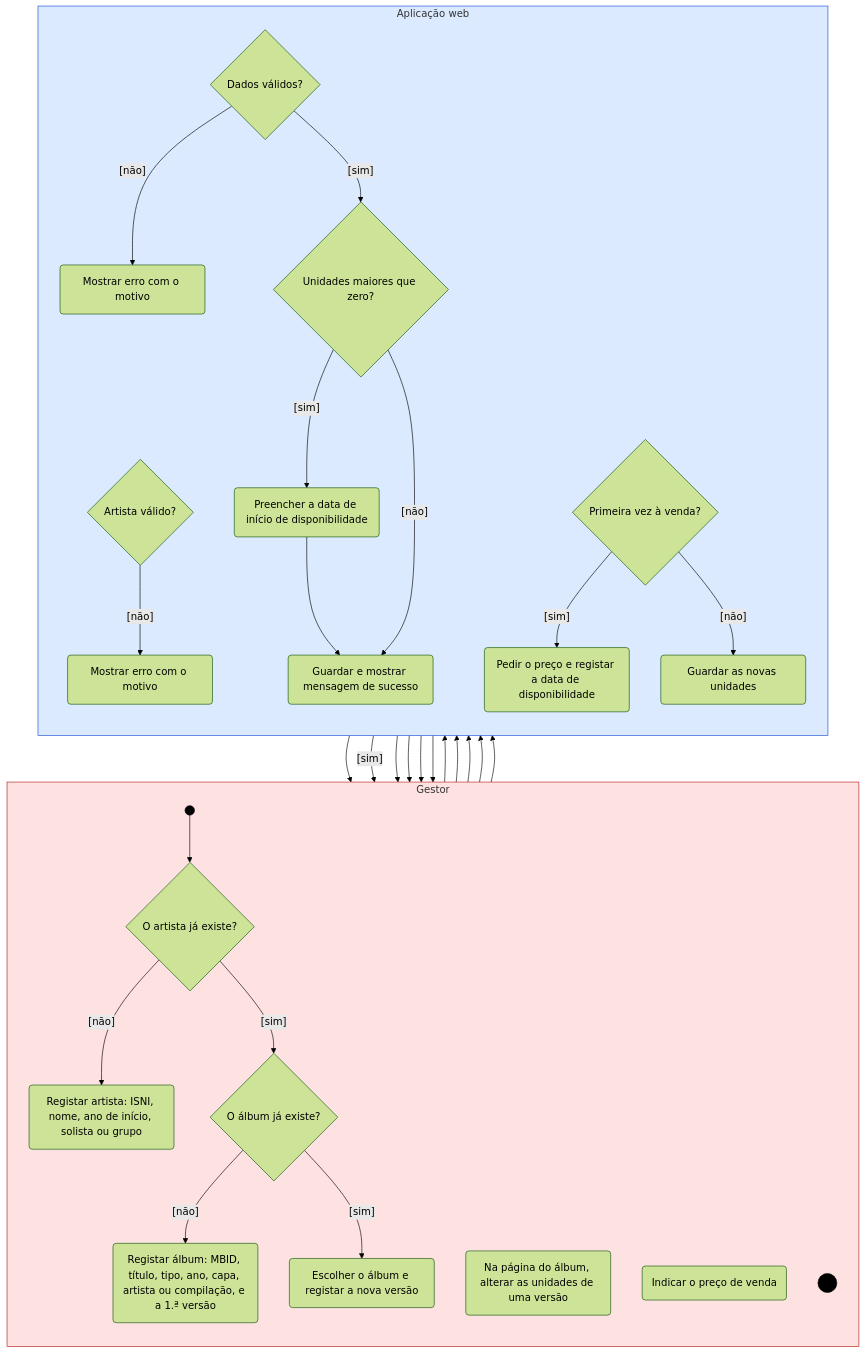
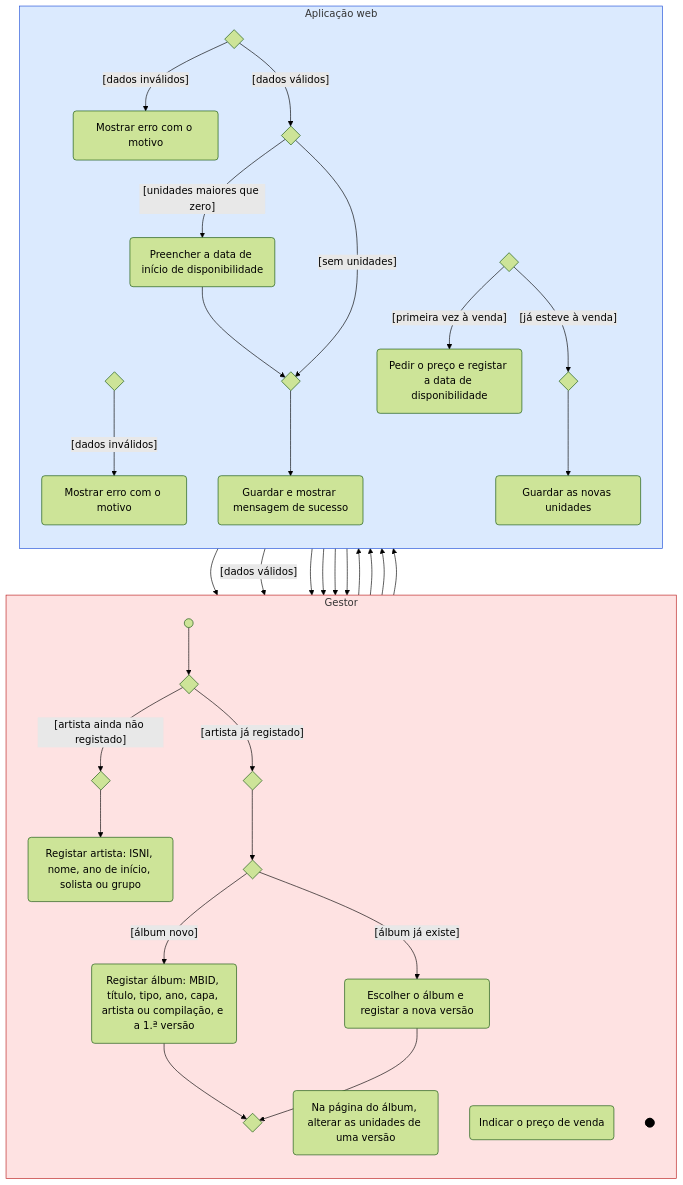
The fifth of 5 diagrams in etapa1/atividades/atividades.md (malat0o/PGP), drawn with Mermaid (forest theme) before and after one commit. The commit also changed other lines of this file and 11 other files, not shown here.

First line of the commit message:
Bloco 5: diagramas de atividades em notação UML

````diff
--- a/etapa1/atividades/atividades.md
+++ b/etapa1/atividades/atividades.md
@@ -230,47 +279,56 @@
 ```mermaid
 flowchart TB
   subgraph G["Gestor"]
     direction TB
-    I1((" ")) --> D1{"O artista já existe?"}
+    I1@{ shape: sm-circ }
+    D1@{ shape: diam, label: " " }
+    M0@{ shape: diam, label: " " }
     K1("Registar artista: ISNI, nome, ano de início, solista ou grupo")
-    D3{"O álbum já existe?"}
+    M1@{ shape: diam, label: " " }
+    D3@{ shape: diam, label: " " }
     K3("Registar álbum: MBID, título, tipo, ano, capa, artista ou compilação, e a 1.ª versão")
     K4("Escolher o álbum e registar a nova versão")
+    M2@{ shape: diam, label: " " }
     K8("Na página do álbum, alterar as unidades de uma versão")
     K10("Indicar o preço de venda")
-    F1(((" ")))
+    F1@{ shape: fr-circ }
   end
   subgraph W["Aplicação web"]
     direction TB
-    D2{"Artista válido?"}
+    D2@{ shape: diam, label: " " }
     K2("Mostrar erro com o motivo")
-    D4{"Dados válidos?"}
+    D4@{ shape: diam, label: " " }
     K5("Mostrar erro com o motivo")
-    D5{"Unidades maiores que zero?"}
+    D5@{ shape: diam, label: " " }
     K6("Preencher a data de início de disponibilidade")
+    M3@{ shape: diam, label: " " }
     K7("Guardar e mostrar mensagem de sucesso")
-    D6{"Primeira vez à venda?"}
+    D6@{ shape: diam, label: " " }
     K9("Pedir o preço e registar a data de disponibilidade")
+    M4@{ shape: diam, label: " " }
     K11("Guardar as novas unidades")
   end
 
-  D1 -->|"[não]"| K1 --> D2
-  D2 -->|"[não]"| K2 --> K1
-  D2 -->|"[sim]"| D3
-  D1 -->|"[sim]"| D3
-  D3 -->|"[não]"| K3 --> D4
-  D3 -->|"[sim]"| K4 --> D4
-  D4 -->|"[não]"| K5 --> D3
-  D4 -->|"[sim]"| D5
-  D5 -->|"[sim]"| K6 --> K7
-  D5 -->|"[não]"| K7
-  K7 --> K8 --> D6
-  D6 -->|"[sim]"| K9 --> K10 --> K11
-  D6 -->|"[não]"| K11
-  K11 --> F1
+  I1 --> D1
+  D1 -->|"[artista ainda não registado]"| M0 --> K1 --> D2
+  D2 -->|"[dados inválidos]"| K2 --> M0
+  D2 -->|"[dados válidos]"| M1
+  D1 -->|"[artista já registado]"| M1
+  M1 --> D3
+  D3 -->|"[álbum novo]"| K3 --> M2
+  D3 -->|"[álbum já existe]"| K4 --> M2
+  M2 --> D4
+  D4 -->|"[dados inválidos]"| K5 --> M1
+  D4 -->|"[dados válidos]"| D5
+  D5 -->|"[unidades maiores que zero]"| K6 --> M3
+  D5 -->|"[sem unidades]"| M3
+  M3 --> K7 --> K8 --> D6
+  D6 -->|"[primeira vez à venda]"| K9 --> K10 --> M4
+  D6 -->|"[já esteve à venda]"| M4
+  M4 --> K11 --> F1
 
   style I1 fill:#000,stroke:#000
   style F1 fill:#000,stroke:#000
   style G fill:#fee2e2,stroke:#b91c1c
   style W fill:#dbeafe,stroke:#1d4ed8
 ```
````
